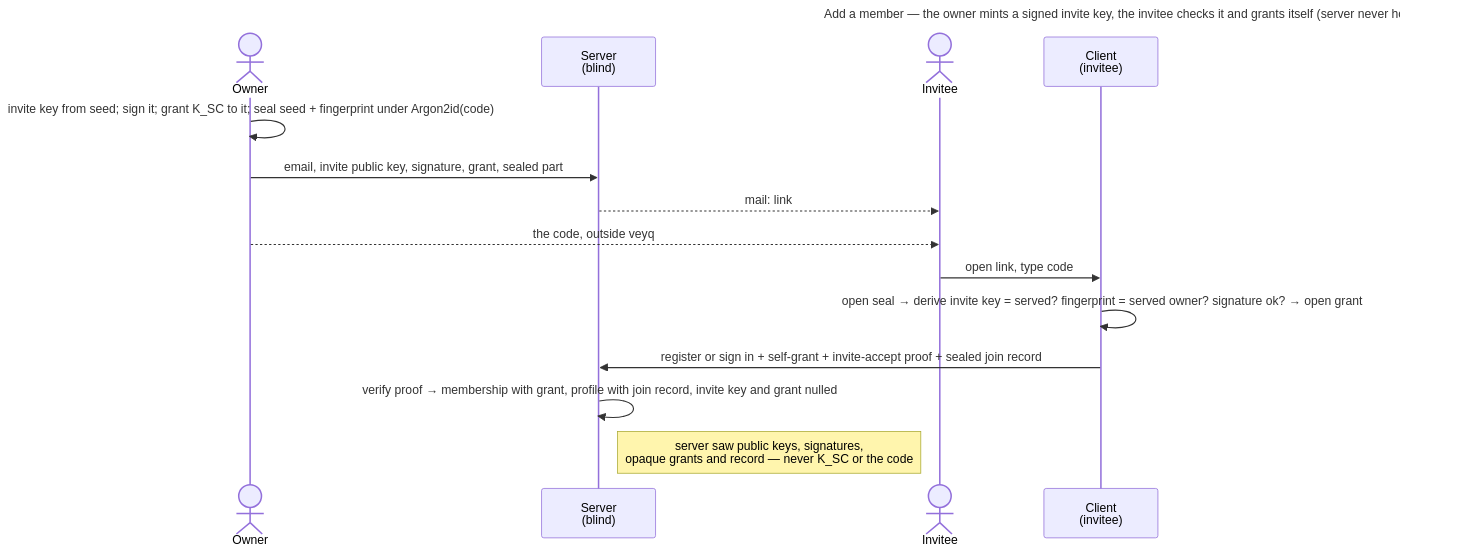
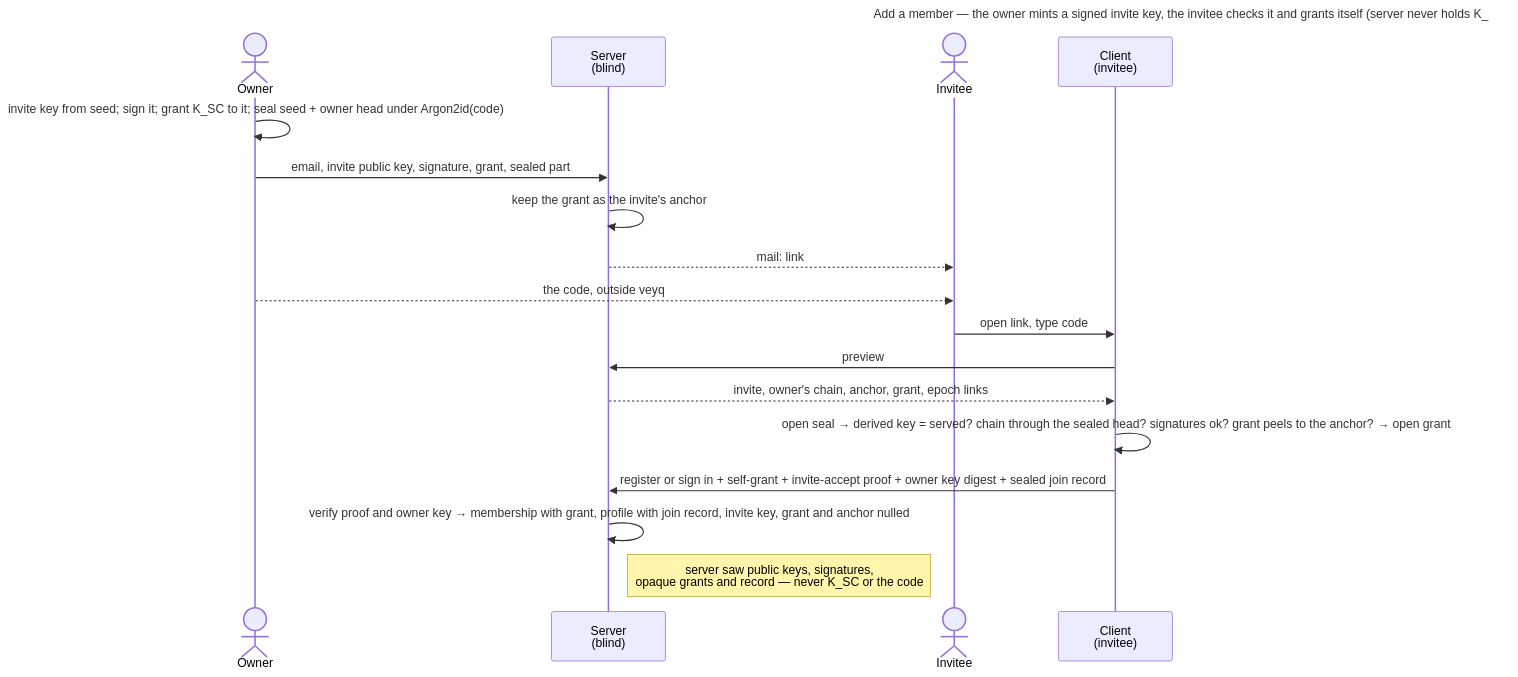
The diagram in docs/features/spaces/use-cases/uc.spaces.add-member.md (raddatzk/veyq), drawn with Mermaid before and after one commit. The commit also changed other lines of this file and 12 other files, not shown here.

First line of the commit message:
docs(spaces,account): an invite carries its owner's head and anchor, and securing re-signs what it rooted

````diff
--- a/docs/features/spaces/use-cases/uc.spaces.add-member.md
+++ b/docs/features/spaces/use-cases/uc.spaces.add-member.md
@@ -57,19 +63,22 @@
 ```mermaid
 ---
 title: Add a member — the owner mints a signed invite key, the invitee checks it and grants itself (server never holds K_SC)
 ---
 sequenceDiagram
   actor O as Owner
   participant S as Server<br>(blind)
   actor I as Invitee
   participant CI as Client<br>(invitee)
-  O->>O: invite key from seed#59; sign it#59; grant K_SC to it#59; seal seed + fingerprint under Argon2id(code)
+  O->>O: invite key from seed#59; sign it#59; grant K_SC to it#59; seal seed + owner head under Argon2id(code)
   O->>S: email, invite public key, signature, grant, sealed part
+  S->>S: keep the grant as the invite's anchor
   S-->>I: mail: link #token.sealed (no copy kept)
   O-->>I: the code, outside veyq
   I->>CI: open link, type code
-  CI->>CI: open seal → derive invite key = served? fingerprint = served owner? signature ok? → open grant
-  CI->>S: register or sign in + self-grant + invite-accept proof + sealed join record
-  S->>S: verify proof → membership with grant, profile with join record, invite key and grant nulled
+  CI->>S: preview
+  S-->>CI: invite, owner's chain, anchor, grant, epoch links
+  CI->>CI: open seal → derived key = served? chain through the sealed head? signatures ok? grant peels to the anchor? → open grant
+  CI->>S: register or sign in + self-grant + invite-accept proof + owner key digest + sealed join record
+  S->>S: verify proof and owner key → membership with grant, profile with join record, invite key, grant and anchor nulled
   Note right of S: server saw public keys, signatures,<br>opaque grants and record — never K_SC or the code
 ```
````
